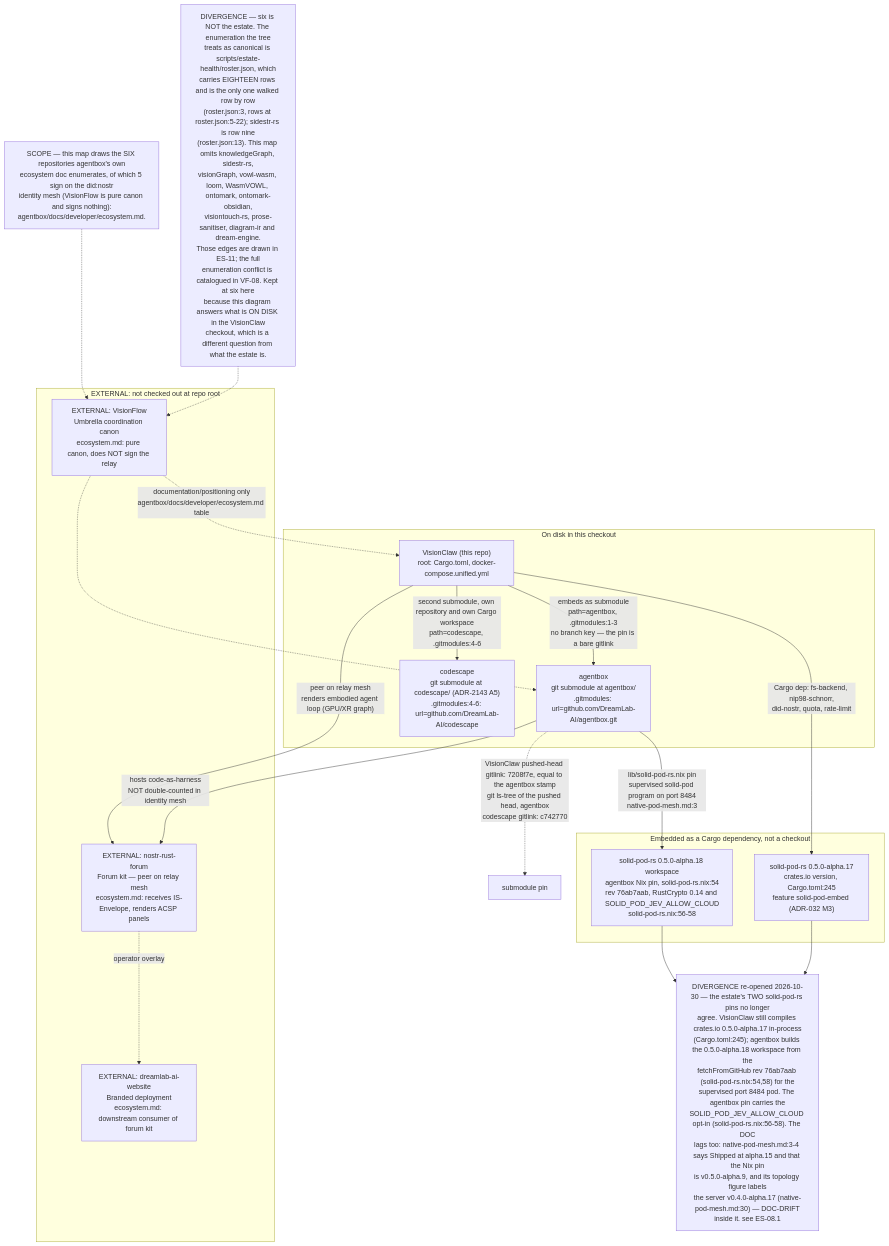
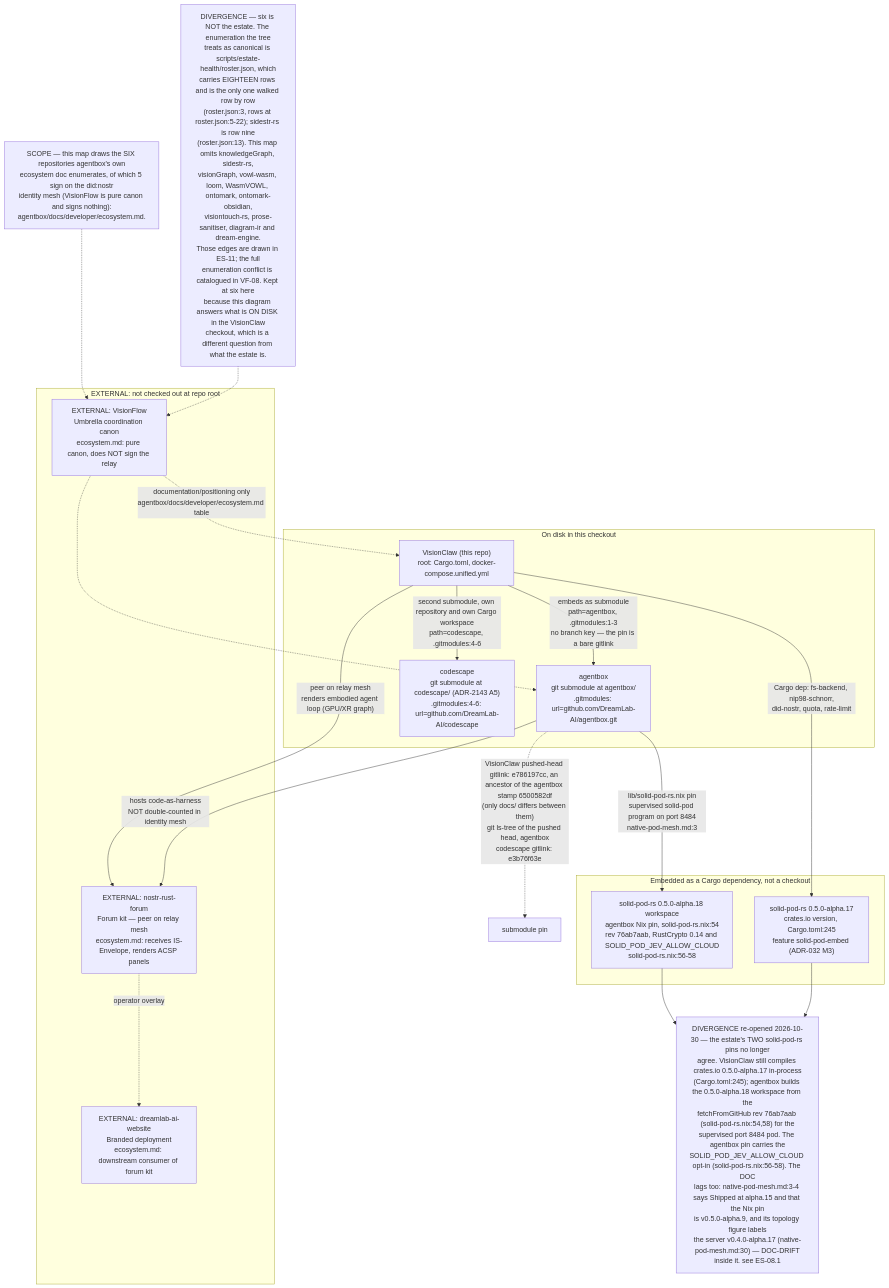
The first of 8 diagrams in docs/diagrams/estate/01-estate-topology.md (DreamLab-AI/VisionFlow), drawn with Mermaid before and after one commit. The commit also changed other lines of this file and 151 other files, not shown here.

````diff
--- a/docs/diagrams/estate/01-estate-topology.md
+++ b/docs/diagrams/estate/01-estate-topology.md
@@ -60,38 +60,38 @@
 ```mermaid
 flowchart TB
     subgraph ONDISK["On disk in this checkout"]
         VC["VisionClaw (this repo)<br/>root: Cargo.toml, docker-compose.unified.yml"]
         AB["agentbox<br/>git submodule at agentbox/<br/>.gitmodules: url=github.com/DreamLab-AI/agentbox.git"]
         CS["codescape<br/>git submodule at codescape/ (ADR-2143 A5)<br/>.gitmodules:4-6: url=github.com/DreamLab-AI/codescape"]
     end
     VC -->|"embeds as submodule<br/>path=agentbox, .gitmodules:1-3<br/>no branch key — the pin is a bare gitlink"| AB
     VC -->|"second submodule, own repository and own Cargo workspace<br/>path=codescape, .gitmodules:4-6"| CS
-    AB -.->|"VisionClaw pushed-head gitlink: 7208f7e, equal to the agentbox stamp<br/>git ls-tree of the pushed head, agentbox<br/>codescape gitlink: c742770"| ABPIN["submodule pin"]
+    AB -.->|"VisionClaw pushed-head gitlink: e786197cc, an ancestor of the agentbox stamp 6500582df<br/>(only docs/ differs between them)<br/>git ls-tree of the pushed head, agentbox<br/>codescape gitlink: e3b76f63e"| ABPIN["submodule pin"]
 
     subgraph CRATE["Embedded as a Cargo dependency, not a checkout"]
         SPR["solid-pod-rs 0.5.0-alpha.17<br/>crates.io version, Cargo.toml:245<br/>feature solid-pod-embed (ADR-032 M3)"]
         SPRN["solid-pod-rs 0.5.0-alpha.18 workspace<br/>agentbox Nix pin, solid-pod-rs.nix:54<br/>rev 76ab7aab, RustCrypto 0.14 and SOLID_POD_JEV_ALLOW_CLOUD<br/>solid-pod-rs.nix:56-58"]
     end
     VC -->|"Cargo dep: fs-backend, nip98-schnorr,<br/>did-nostr, quota, rate-limit"| SPR
     AB -->|"lib/solid-pod-rs.nix pin<br/>supervised solid-pod program on port 8484<br/>native-pod-mesh.md:3"| SPRN
 
     DIVSP["DIVERGENCE re-opened 2026-10-30 — the estate's TWO solid-pod-rs pins no longer<br/>agree. VisionClaw still compiles crates.io 0.5.0-alpha.17 in-process<br/>(Cargo.toml:245); agentbox builds the 0.5.0-alpha.18 workspace from the<br/>fetchFromGitHub rev 76ab7aab (solid-pod-rs.nix:54,58) for the<br/>supervised port 8484 pod. The agentbox pin carries the<br/>SOLID_POD_JEV_ALLOW_CLOUD opt-in (solid-pod-rs.nix:56-58). The DOC<br/>lags too: native-pod-mesh.md:3-4 says Shipped at alpha.15 and that the Nix pin<br/>is v0.5.0-alpha.9, and its topology figure labels<br/>the server v0.4.0-alpha.17 (native-pod-mesh.md:30) — DOC-DRIFT<br/>inside it. see ES-08.1"]
     SPRN --> DIVSP
     SPR --> DIVSP
 
     subgraph EXTERNAL1["EXTERNAL: not checked out at repo root"]
         VF["EXTERNAL: VisionFlow<br/>Umbrella coordination canon<br/>ecosystem.md: pure canon, does NOT sign the relay"]
         NRF["EXTERNAL: nostr-rust-forum<br/>Forum kit — peer on relay mesh<br/>ecosystem.md: receives IS-Envelope, renders ACSP panels"]
         DAW["EXTERNAL: dreamlab-ai-website<br/>Branded deployment<br/>ecosystem.md: downstream consumer of forum kit"]
     end
     VC -->|"peer on relay mesh<br/>renders embodied agent loop (GPU/XR graph)"| NRF
     AB -->|"hosts code-as-harness<br/>NOT double-counted in identity mesh"| NRF
     NRF -.->|"operator overlay"| DAW
     VF -.->|"documentation/positioning only<br/>agentbox/docs/developer/ecosystem.md table"| VC
     VF -.-> AB
 
     NOTE1["SCOPE — this map draws the SIX repositories agentbox's own<br/>ecosystem doc enumerates, of which 5 sign on the did:nostr<br/>identity mesh (VisionFlow is pure canon and signs nothing):<br/>agentbox/docs/developer/ecosystem.md."]
     NOTE2["DIVERGENCE — six is NOT the estate. The enumeration the tree<br/>treats as canonical is scripts/estate-health/roster.json, which<br/>carries EIGHTEEN rows and is the only one walked row by row<br/>(roster.json:3, rows at roster.json:5-22); sidestr-rs is row nine<br/>(roster.json:13). This map omits knowledgeGraph, sidestr-rs,<br/>visionGraph, vowl-wasm, loom, WasmVOWL, ontomark, ontomark-obsidian,<br/>visiontouch-rs, prose-sanitiser, diagram-ir and dream-engine.<br/>Those edges are drawn in ES-11; the full<br/>enumeration conflict is catalogued in VF-08. Kept at six here<br/>because this diagram answers what is ON DISK in the VisionClaw<br/>checkout, which is a different question from what the estate is."]
     NOTE1 -.-> VF
     NOTE2 -.-> VF
 ```
````
